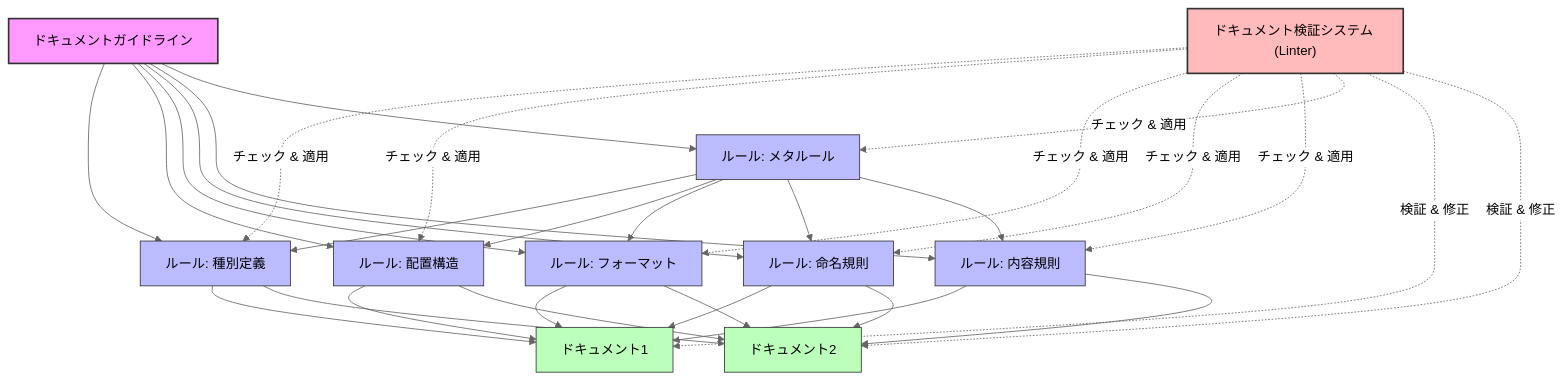
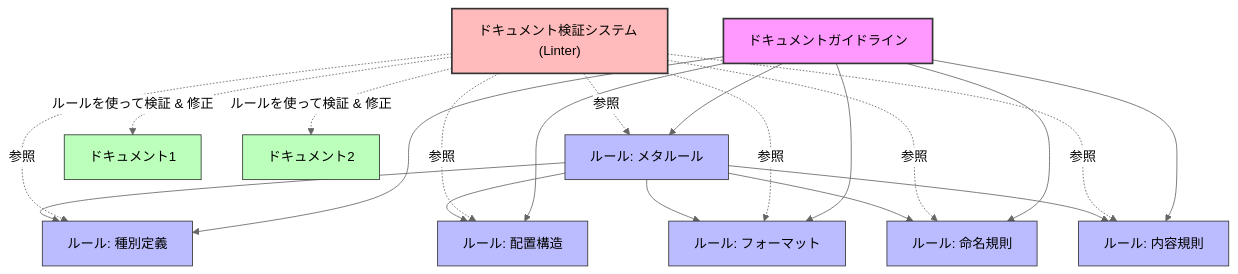
Before and after one commit to ToyB0x/ai-coding-rules: the second of 2 diagrams in Guideline.md, drawn with Mermaid (neutral theme). The commit also changed other lines of this file and 1 other file, not shown here.

Commit message:
docs: update terminology in diagrams for document validation system

````diff
--- a/Guideline.md
+++ b/Guideline.md
@@ -86,46 +81,36 @@
 ```mermaid
 graph TD
   A["ドキュメントガイドライン"] --> B1["ルール: 種別定義"]
   A --> B2["ルール: 配置構造"]
   A --> B3["ルール: フォーマット"]
   A --> B4["ルール: 命名規則"]
   A --> B5["ルール: 内容規則"]
   A --> B6["ルール: メタルール"]
   
-  D["ドキュメント検証システム (Linter)"] -.-> |"チェック & 適用"| B1
-  D -.-> |"チェック & 適用"| B2
-  D -.-> |"チェック & 適用"| B3
-  D -.-> |"チェック & 適用"| B4
-  D -.-> |"チェック & 適用"| B5
-  D -.-> |"チェック & 適用"| B6
+  D["ドキュメント検証システム (Linter)"] -.-> |"参照"| B1
+  D -.-> |"参照"| B2
+  D -.-> |"参照"| B3
+  D -.-> |"参照"| B4
+  D -.-> |"参照"| B5
+  D -.-> |"参照"| B6
   
-  B1 --> C1["ドキュメント1"]
-  B1 --> C2["ドキュメント2"]
-  B2 --> C1
-  B2 --> C2
-  B3 --> C1
-  B3 --> C2
-  B4 --> C1
-  B4 --> C2
-  B5 --> C1
-  B5 --> C2
   B6 --> B1
   B6 --> B2
   B6 --> B3
   B6 --> B4
   B6 --> B5
   
-  D -.-> |"検証 & 修正"| C1
-  D -.-> |"検証 & 修正"| C2
+  D -.-> |"ルールを使って検証 & 修正"| C1["ドキュメント1"]
+  D -.-> |"ルールを使って検証 & 修正"| C2["ドキュメント2"]
   
   style A fill:#f9f,stroke:#333,stroke-width:2px
   style B1 fill:#bbf,stroke:#333,stroke-width:1px
   style B2 fill:#bbf,stroke:#333,stroke-width:1px
   style B3 fill:#bbf,stroke:#333,stroke-width:1px
   style B4 fill:#bbf,stroke:#333,stroke-width:1px
   style B5 fill:#bbf,stroke:#333,stroke-width:1px
   style B6 fill:#bbf,stroke:#333,stroke-width:1px
   style C1 fill:#bfb,stroke:#333,stroke-width:1px
   style C2 fill:#bfb,stroke:#333,stroke-width:1px
   style D fill:#fbb,stroke:#333,stroke-width:2px
 ```
````
